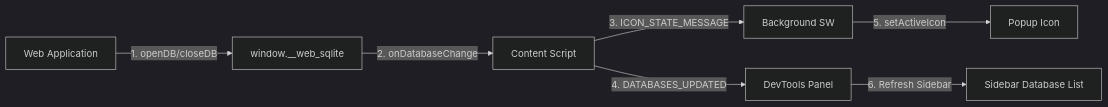
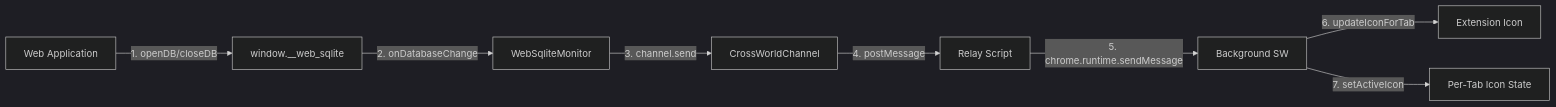
The ninth of 14 diagrams in agent-docs/03-architecture/02-dataflow.md (wuchuheng/web-sqlite-js-devtools), drawn with Mermaid (dark theme) before and after one commit. The commit also changed other lines of this file and 18 other files, not shown here.

````diff
--- a/agent-docs/03-architecture/02-dataflow.md
+++ b/agent-docs/03-architecture/02-dataflow.md
@@ -282,9 +315,10 @@
 ```mermaid
 flowchart LR
     App[Web Application] -->|1. openDB/closeDB| API[window.__web_sqlite]
-    API -->|2. onDatabaseChange| CS[Content Script]
-    CS -->|3. ICON_STATE_MESSAGE| BG[Background SW]
-    CS -->|4. DATABASES_UPDATED| Panel[DevTools Panel]
-    BG -->|5. setActiveIcon| Icon[Popup Icon]
-    Panel -->|6. Refresh Sidebar| UI[Sidebar Database List]
+    API -->|2. onDatabaseChange| Monitor[WebSqliteMonitor]
+    Monitor -->|3. channel.send| Channel[CrossWorldChannel]
+    Channel -->|4. postMessage| Relay[Relay Script]
+    Relay -->|5. chrome.runtime.sendMessage| BG[Background SW]
+    BG -->|6. updateIconForTab| Icon[Extension Icon]
+    BG -->|7. setActiveIcon| State[Per-Tab Icon State]
 ```
````
